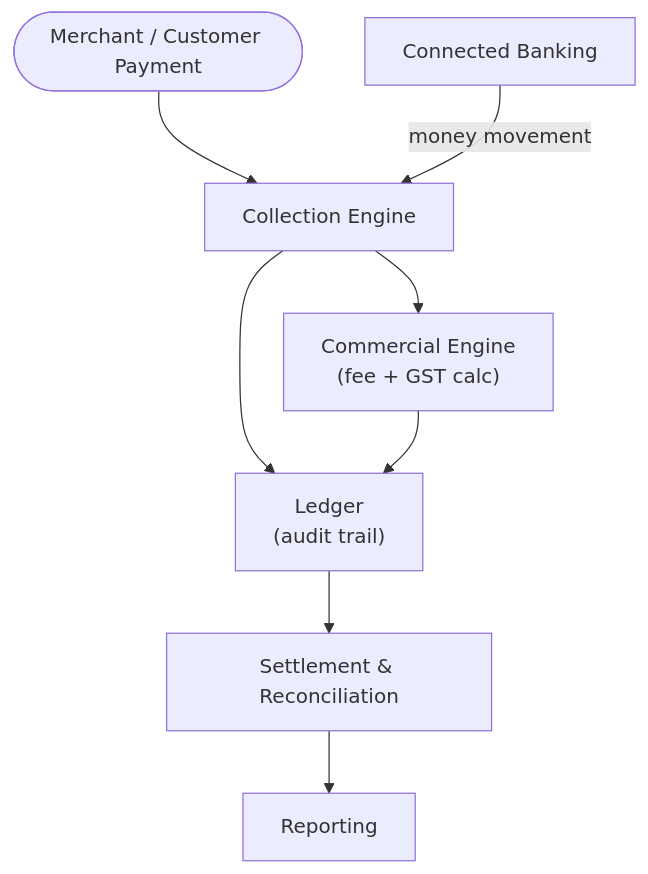
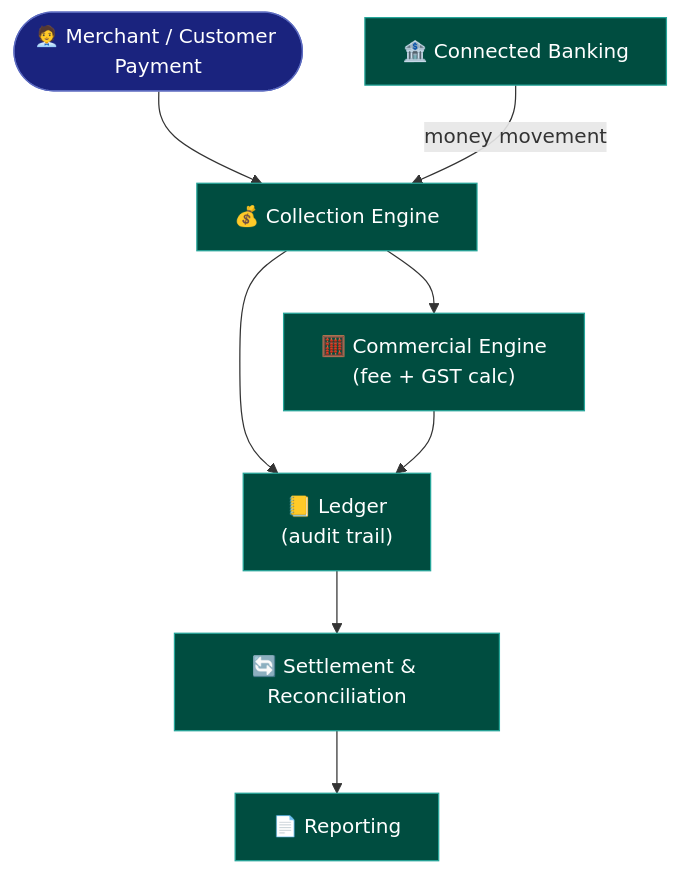
The fourth of 6 diagrams in docs/architecture-and-flow.md (ghanendra-sdet/fintech-collection-engine), drawn with Mermaid before and after one commit. The commit also changed other lines of this file, not shown here.

Commit message:
docs: enhance architecture diagrams with semantic coloring and icons

````diff
--- a/docs/architecture-and-flow.md
+++ b/docs/architecture-and-flow.md
@@ -58,10 +71,15 @@
 ```mermaid
 flowchart TD
-    Merchant([Merchant / Customer Payment]) --> CE["Collection Engine"]
-    CB["Connected Banking"] -->|money movement| CE
-    CE --> CommE["Commercial Engine<br/>(fee + GST calc)"]
-    CE --> Ledger["Ledger<br/>(audit trail)"]
+    Merchant(["🧑‍💼 Merchant / Customer Payment"]) --> CE["💰 Collection Engine"]
+    CB["🏦 Connected Banking"] -->|money movement| CE
+    CE --> CommE["🧮 Commercial Engine<br/>(fee + GST calc)"]
+    CE --> Ledger["📒 Ledger<br/>(audit trail)"]
     CommE --> Ledger
-    Ledger --> Settle["Settlement & Reconciliation"]
-    Settle --> Reporting
+    Ledger --> Settle["🔄 Settlement & Reconciliation"]
+    Settle --> Reporting["📄 Reporting"]
+
+    classDef service fill:#004d40,stroke:#26a69a,color:#fff
+    classDef person fill:#1a237e,stroke:#5c6bc0,color:#fff
+    class Merchant person
+    class CE,CB,CommE,Ledger,Settle,Reporting service
 ```
````
